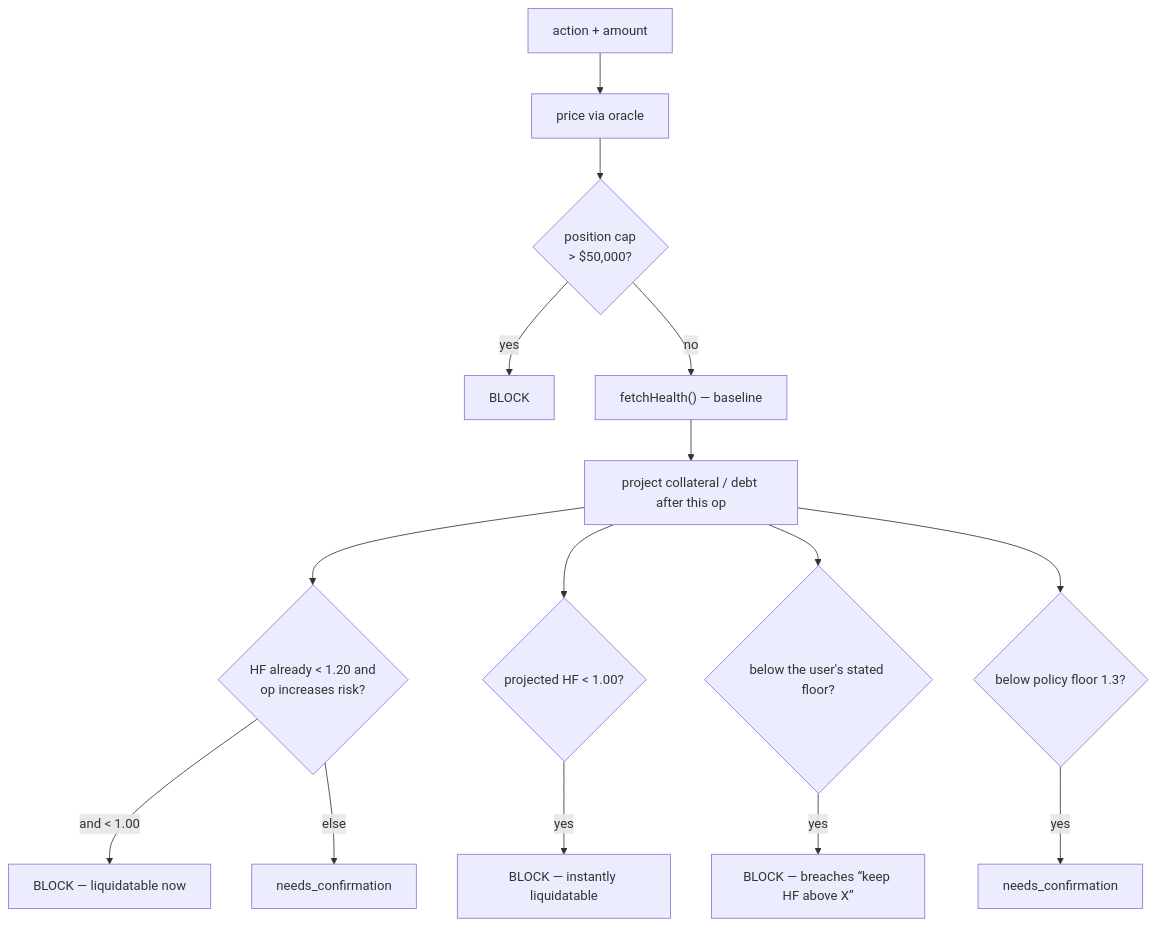
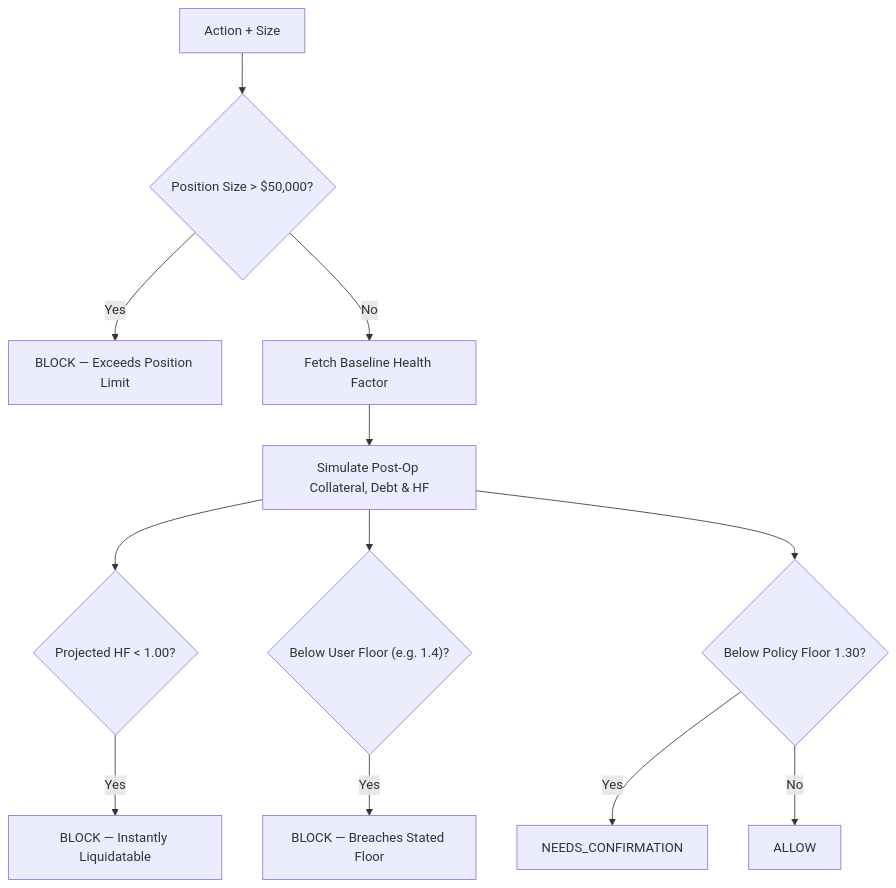
One commit to vannafinance/mercury-stellar-backend changed the third of 3 diagrams in docs/copilot/GUARDRAILS.md. Above: the diagram before and after it, drawn with Mermaid. The commit also changed other lines of this file and 17 other files, not shown here.

````diff
--- a/docs/copilot/GUARDRAILS.md
+++ b/docs/copilot/GUARDRAILS.md
@@ -58,16 +101,14 @@
 ```mermaid
 flowchart TD
-  IN["action + amount"] --> P["price via oracle"] --> POS{"position cap<br/>> $50,000?"}
-  POS -->|yes| BLK1["BLOCK"]
-  POS -->|no| BASE["fetchHealth() — baseline"]
-  BASE --> SIM["project collateral / debt after this op"]
-  SIM --> R1{"HF already < 1.20 and<br/>op increases risk?"}
-  R1 -->|"and < 1.00"| BLK2["BLOCK — liquidatable now"]
-  R1 -->|"else"| WARN["needs_confirmation"]
-  SIM --> R2{"projected HF < 1.00?"}
-  R2 -->|yes| BLK3["BLOCK — instantly liquidatable"]
-  SIM --> R3{"below the user's stated floor?"}
-  R3 -->|yes| BLK4["BLOCK — breaches “keep HF above X”"]
-  SIM --> R4{"below policy floor 1.3?"}
-  R4 -->|yes| WARN2["needs_confirmation"]
+  IN["Action + Size"] --> POS{"Position Size > $50,000?"}
+  POS -->|Yes| BLK1["BLOCK — Exceeds Position Limit"]
+  POS -->|No| BASE["Fetch Baseline Health Factor"]
+  BASE --> SIM["Simulate Post-Op Collateral, Debt & HF"]
+  SIM --> R1{"Projected HF < 1.00?"}
+  R1 -->|Yes| BLK2["BLOCK — Instantly Liquidatable"]
+  SIM --> R2{"Below User Floor (e.g. 1.4)?"}
+  R2 -->|Yes| BLK3["BLOCK — Breaches Stated Floor"]
+  SIM --> R3{"Below Policy Floor 1.30?"}
+  R3 -->|Yes| WARN["NEEDS_CONFIRMATION"]
+  R3 -->|No| OK["ALLOW"]
 ```
````
